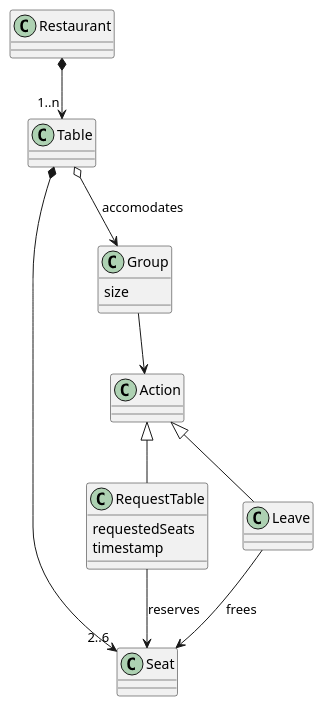
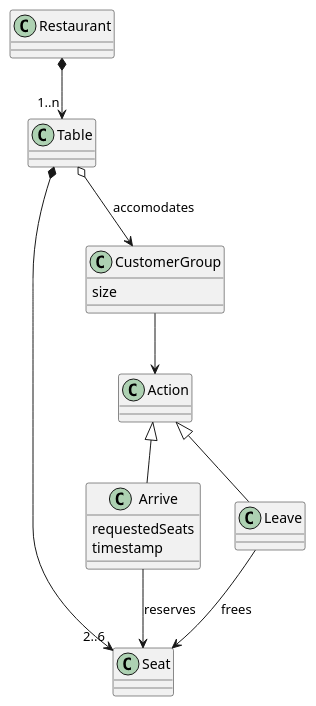
The diagram in docs/src/DomainModel.puml (fraylopez/restaurant), drawn with PlantUML before and after one commit. The commit also changed 8 other files, not shown here.

```diff
--- a/docs/src/DomainModel.puml
+++ b/docs/src/DomainModel.puml
@@ -1,30 +1,30 @@
 @startuml DomainModel
 
 class Restaurant
 class Table
 class Seat
 class Action
-class RequestTable {
+class Arrive {
   requestedSeats
   timestamp
 }
 class Leave
-class Group {
+class CustomerGroup {
   size
 }
 
 Restaurant *--> "1..n" Table
 
 Table  *--> "2..6" Seat
 
-Table o--> Group : accomodates
+Table o--> CustomerGroup : accomodates
 
-RequestTable -up-|> Action
+Arrive -up-|> Action
 Leave -up-|> Action
-RequestTable --> Seat: "reserves"
+Arrive --> Seat: "reserves"
 Leave --> Seat: "frees"
 
-Group --> Action
+CustomerGroup --> Action
 
 
 @enduml
```
